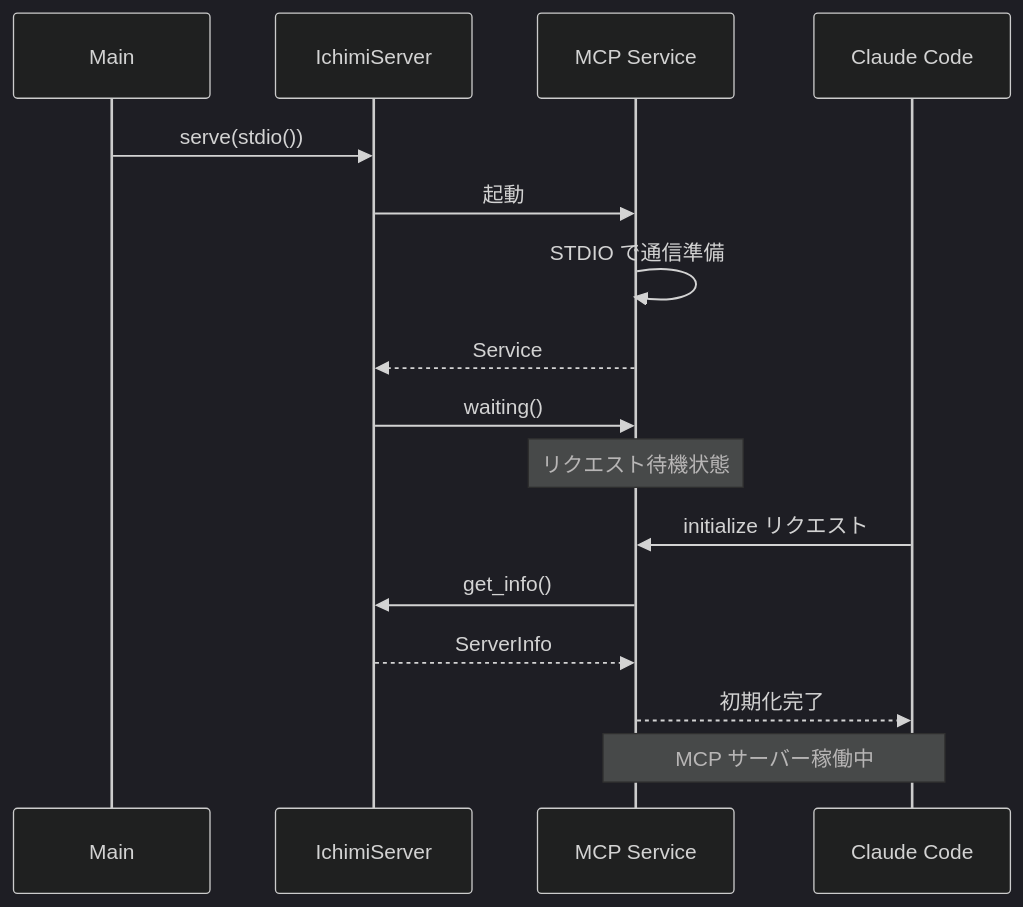
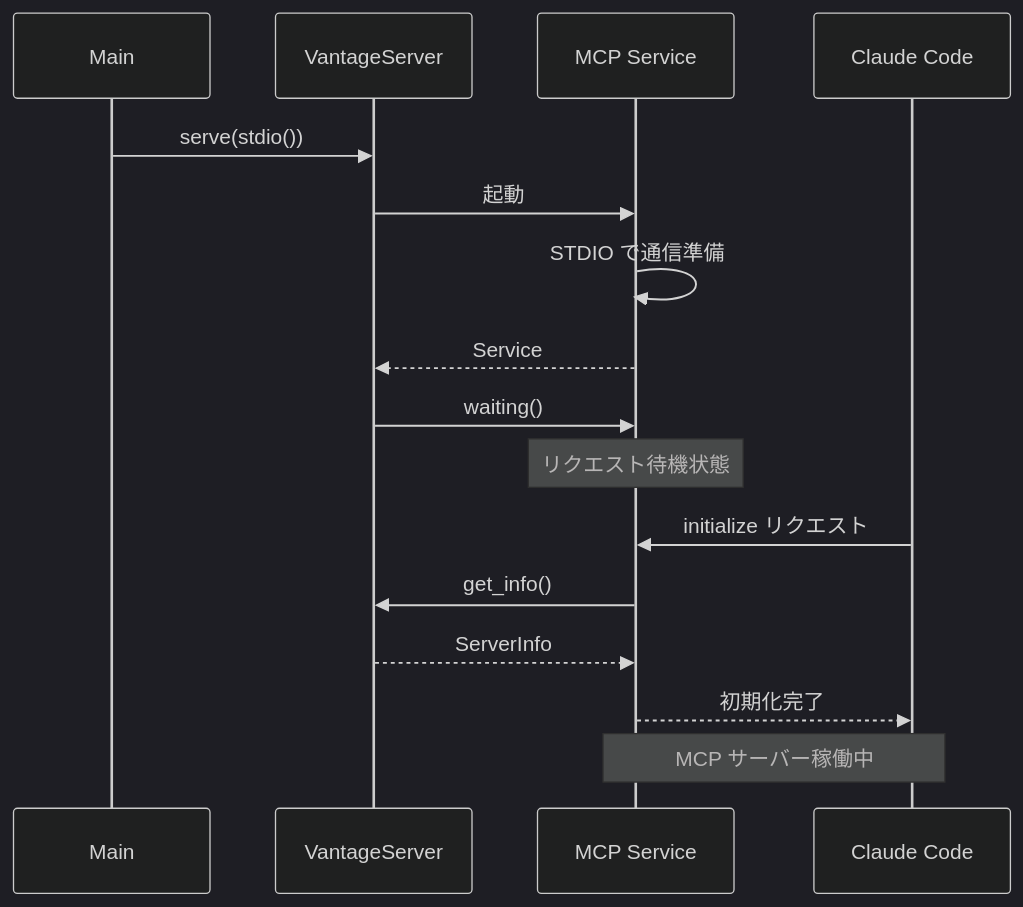
Before and after one commit to chronista-club/vantage-mcp: the sixth of 13 diagrams in docs/server-flows.md, drawn with Mermaid (dark theme). The commit also changed other lines of this file and 122 other files, not shown here.

First line of the commit message:
refactor: Rename project from Ichimi to Vantage MCP (#18)

````diff
--- a/docs/server-flows.md
+++ b/docs/server-flows.md
@@ -233,22 +233,22 @@
 ```mermaid
 sequenceDiagram
     participant Main
-    participant Server as IchimiServer
+    participant Server as VantageServer
     participant MCP as MCP Service
     participant Client as Claude Code
 
     Main->>Server: serve(stdio())
     Server->>MCP: 起動
     MCP->>MCP: STDIO で通信準備
     MCP-->>Server: Service
 
     Server->>MCP: waiting()
     Note over MCP: リクエスト待機状態
 
     Client->>MCP: initialize リクエスト
     MCP->>Server: get_info()
     Server-->>MCP: ServerInfo
     MCP-->>Client: 初期化完了
 
     Note over MCP,Client: MCP サーバー稼働中
 ```
````
